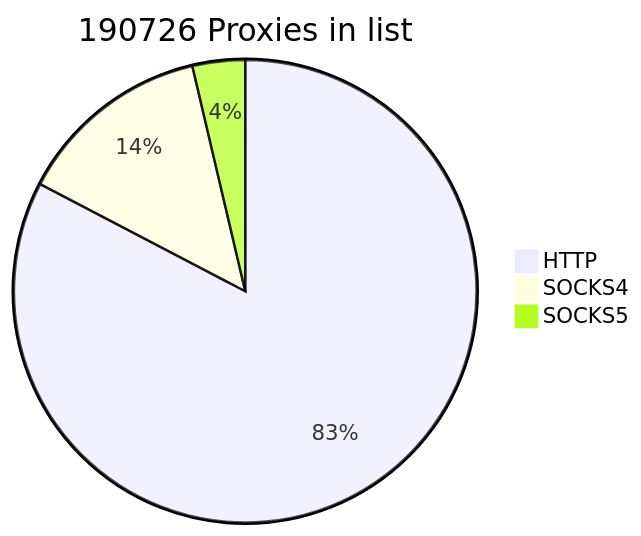
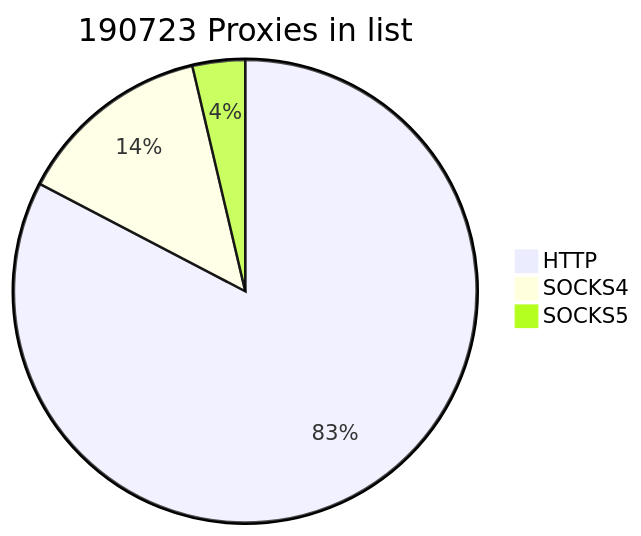
Before and after one commit to cutipu/proxylist: the first of 2 diagrams in README.md, drawn with Mermaid. The commit also changed other lines of this file, not shown here.

````diff
--- a/README.md
+++ b/README.md
@@ -2,7 +2,7 @@
 ```mermaid
-pie title 190726 Proxies in list
-    "HTTP" : 157660
+pie title 190723 Proxies in list
+    "HTTP" : 157657
     "SOCKS4" : 26060
     "SOCKS5" : 7006
             
 ```
````
